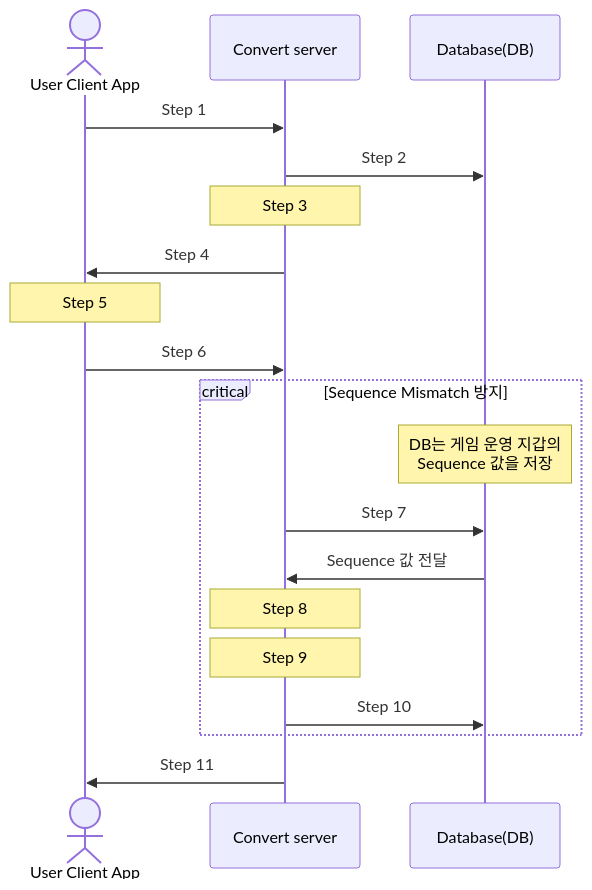
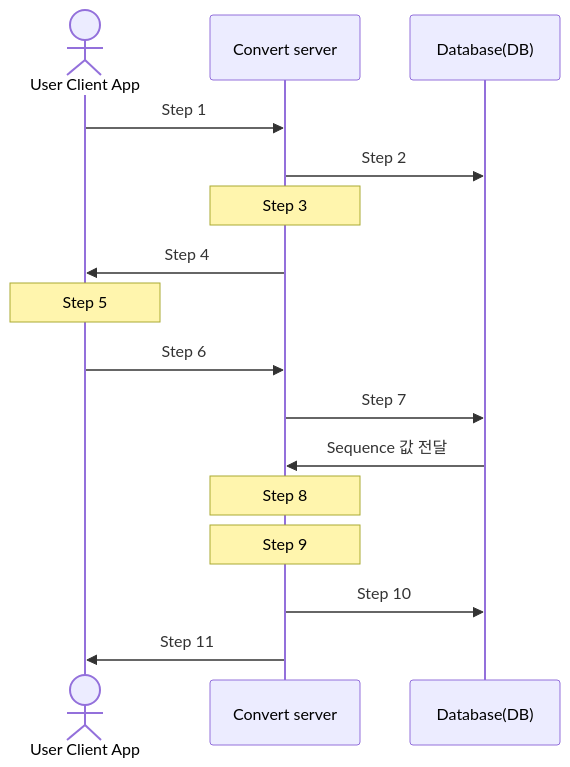
Before and after one commit to xpladev/academy: the first of 2 diagrams in startlearning/3-tutorial/3-deep-understand-xpla/5-convert.mdx, drawn with Mermaid. The commit also changed 1 other file, not shown here.

Commit message:
Fix : Fix Convert, Swap Docs

````diff
--- a/startlearning/3-tutorial/3-deep-understand-xpla/5-convert.mdx
+++ b/startlearning/3-tutorial/3-deep-understand-xpla/5-convert.mdx
@@ -53,23 +53,20 @@
 ```mermaid
 sequenceDiagram
     actor U as User Client App;
     participant C as Convert server;
     participant D as Database(DB);
     U->>C: Step 1
     C->>D: Step 2
     Note over C: Step 3
     C->>U: Step 4
     Note over U: Step 5
     U->>C: Step 6
-    critical Sequence Mismatch 방지
-        Note over D: DB는 게임 운영 지갑의 <br/>Sequence 값을 저장
-        C->>D: Step 7
-        D->>C: Sequence 값 전달
-        Note over C: Step 8
-        Note over C: Step 9
-        C->>D: Step 10
-    end
+    C->>D: Step 7
+    D->>C: Sequence 값 전달
+    Note over C: Step 8
+    Note over C: Step 9
+    C->>D: Step 10
     C->>U: Step 11
 
 %%{init:{'themeCSS':'.messageText:nth-of-type(1) { font-weight: bold !important; fill:#004FFF;}; .messageText:nth-of-type(2) { font-weight: bold !important; fill:#004FFF;}; .messageText:nth-of-type(3) { font-weight: bold !important; fill:#004FFF;}; .messageText:nth-of-type(4) { font-weight: bold !important; fill:#004FFF;}; .messageText:nth-of-type(5) { font-weight: bold !important; fill:#004FFF;}; .messageText:nth-of-type(7) { font-weight: bold !important; fill:#004FFF;}; .messageText:nth-of-type(8) { font-weight: bold !important; fill:#004FFF;}; g:nth-of-type(5) .note { stroke: #004FFF;fill: white; }; g:nth-of-type(5) .noteText tspan { fill: #004FFF; font-weight:bold;}; g:nth-of-type(6) .note { stroke: #004FFF;fill: white; }; g:nth-of-type(6) .noteText tspan { fill: #004FFF; font-weight:bold;}; g:nth-of-type(7) .note { stroke: #004FFF;fill: white; }; g:nth-of-type(8) .note { stroke: #004FFF;fill: white; }; g:nth-of-type(8) .noteText tspan { fill: #004FFF; font-weight:bold;}; g:nth-of-type(9) .note { stroke: #004FFF;fill: white; }; g:nth-of-type(9) .noteText tspan { fill: #004FFF; font-weight:bold;};'}}%%
 ```
````
